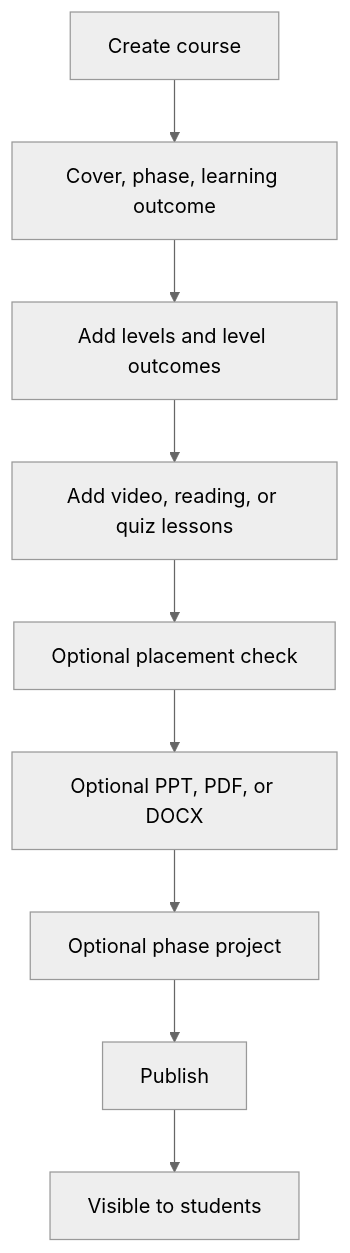
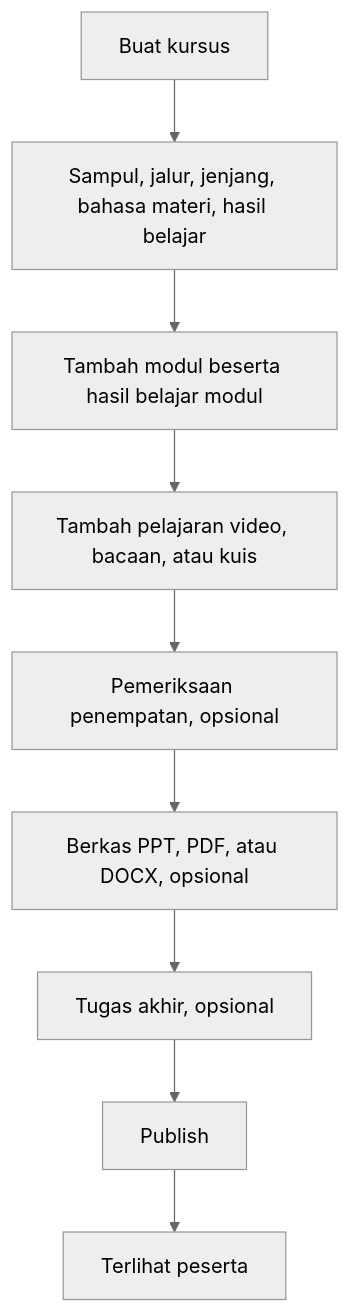
The second of 6 diagrams in docs/process-flow.md (bionte4/auralogic), drawn with Mermaid (neutral theme) before and after one commit. The commit also changed other lines of this file and 4 other files, not shown here.

````diff
--- a/docs/process-flow.md
+++ b/docs/process-flow.md
@@ -26,11 +30,11 @@
 ```mermaid
 flowchart TD
-  create[Create course] --> profile[Cover, phase, learning outcome]
-  profile --> levels[Add levels and level outcomes]
-  levels --> lessons[Add video, reading, or quiz lessons]
-  lessons --> placement[Optional placement check]
-  placement --> files[Optional PPT, PDF, or DOCX]
-  files --> project[Optional phase project]
+  create[Buat kursus] --> profile[Sampul, jalur, jenjang, bahasa materi, hasil belajar]
+  profile --> levels[Tambah modul beserta hasil belajar modul]
+  levels --> lessons[Tambah pelajaran video, bacaan, atau kuis]
+  lessons --> placement[Pemeriksaan penempatan, opsional]
+  placement --> files[Berkas PPT, PDF, atau DOCX, opsional]
+  files --> project[Tugas akhir, opsional]
   project --> publish[Publish]
-  publish --> catalog[Visible to students]
+  publish --> catalog[Terlihat peserta]
 ```
````
